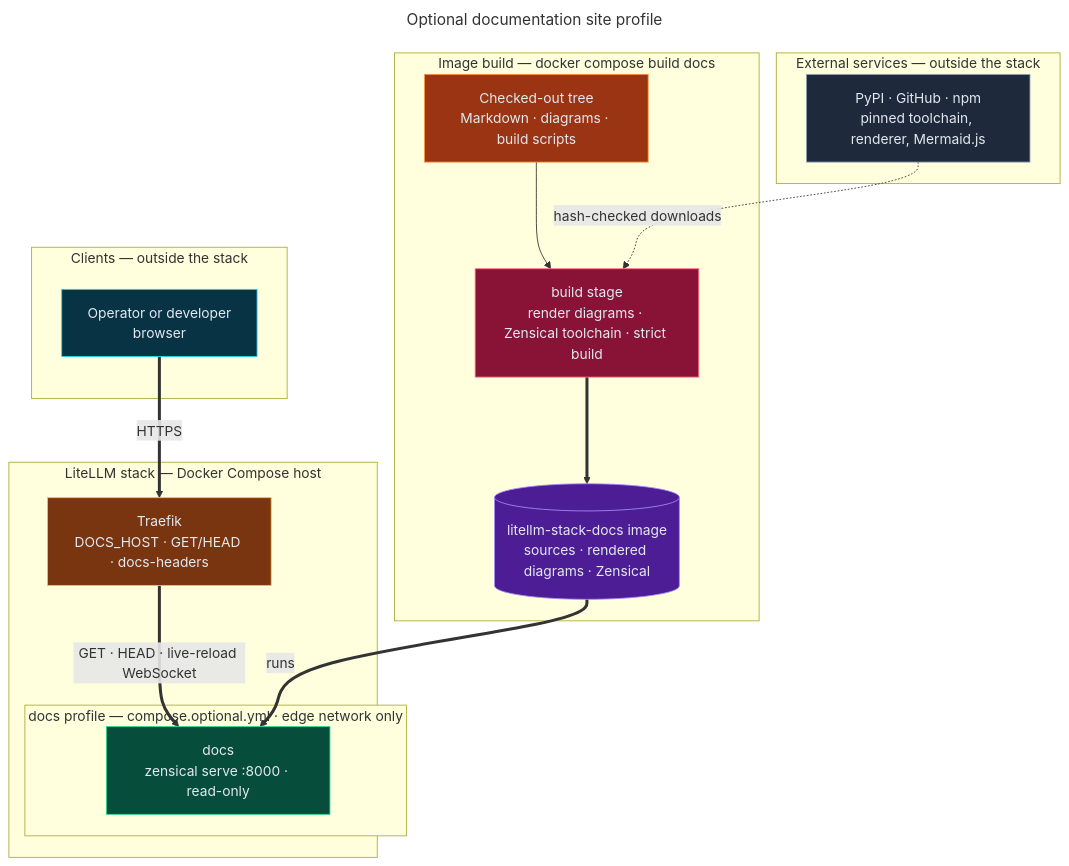
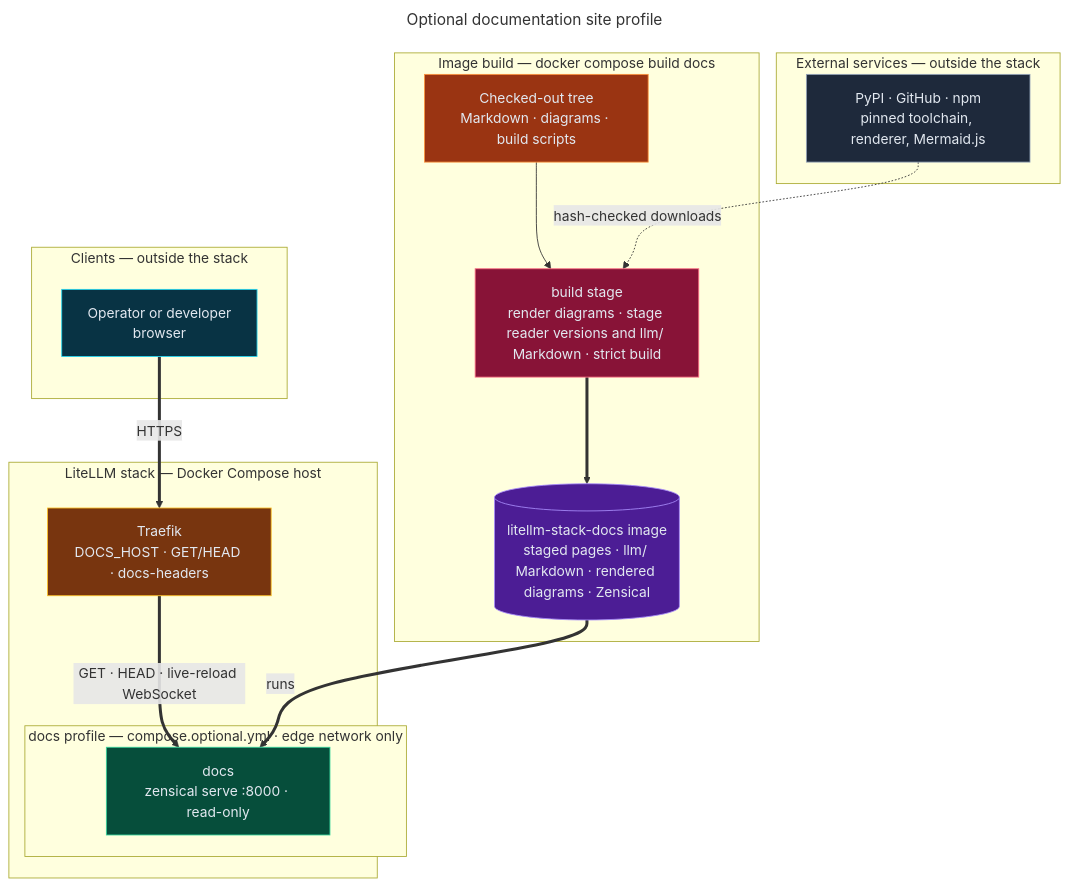
The diagram in diagrams/28-docs-profile.mmd (bella-1337/effective-spoon), drawn with Mermaid before and after one commit. The commit also changed 40 other files, not shown here.

First line of the commit message:
Show reader versions of the guides on the docs site, with Copy for LLM

```diff
--- a/diagrams/28-docs-profile.mmd
+++ b/diagrams/28-docs-profile.mmd
@@ -1,46 +1,46 @@
 ---
 title: Optional documentation site profile
 ---
 flowchart TD
   %% Source for 28-docs-profile.html. Edit this file, then run ./scripts/render-diagrams.py.
   %% Directives: docs in diagrams/README.md (Updating diagrams).
   %% @mode architecture
   %% @subtitle zensical serve behind Traefik at DOCS_HOST, serving the checked-out revision the stack runs
   %% @card cyan | One version | The site is the checked-out revision, and its banner names the commit | No version selector; the versioned site stays on Pages | Rebuild the image after each upgrade
-  %% @card violet | Build | The build stage renders the diagrams and installs the pinned Zensical toolchain | A strict build fails the image on a broken link | Dockerfile.dockerignore keeps .env and runtime state out of the context
+  %% @card violet | Build | The build stage renders the diagrams, stages the pages with their reader versions and the Markdown for AI models, and installs the pinned Zensical toolchain | A strict build fails the image on a broken link | Dockerfile.dockerignore keeps .env and runtime state out of the context
   %% @card rose | Serving | Non-root, read-only root, no capabilities, and tmpfs only for site and .cache | Traefik answers only GET and HEAD and adds the CSP and frame headers | No sign-in, so DOCS_HOST stays on the private network
   %% @journey #22d3ee: RD TR DS
   %% @journey #a78bfa: SRC BLD IMG DS
 
   subgraph CL["Clients — outside the stack"]
     RD["Operator or developer<br/>browser"]:::frontend
   end
   subgraph BH["Image build — docker compose build docs"]
     SRC["Checked-out tree<br/>Markdown · diagrams · build scripts"]:::bus
-    BLD["build stage<br/>render diagrams · Zensical toolchain · strict build"]:::security
-    IMG[("litellm-stack-docs image<br/>sources · rendered diagrams · Zensical")]:::database
+    BLD["build stage<br/>render diagrams · stage reader versions and llm/ Markdown · strict build"]:::security
+    IMG[("litellm-stack-docs image<br/>staged pages · llm/ Markdown · rendered diagrams · Zensical")]:::database
   end
   subgraph ST["LiteLLM stack — Docker Compose host"]
     TR["Traefik<br/>DOCS_HOST · GET/HEAD · docs-headers"]:::cloud
     subgraph DP["docs profile — compose.optional.yml · edge network only"]
       DS["docs<br/>zensical serve :8000 · read-only"]:::backend
     end
   end
   subgraph EX["External services — outside the stack"]
     PKG["PyPI · GitHub · npm<br/>pinned toolchain, renderer, Mermaid.js"]:::external
   end
 
   RD ==>|"HTTPS"| TR
   TR ==>|"GET · HEAD · live-reload WebSocket"| DS
   SRC --> BLD
   PKG -.->|"hash-checked downloads"| BLD
   BLD ==> IMG
   IMG ==>|"runs"| DS
 
   classDef backend fill:#064e3b,stroke:#34d399,color:#e2e8f0
   classDef bus fill:#9a3412,stroke:#fb923c,color:#e2e8f0
   classDef cloud fill:#78350f,stroke:#fbbf24,color:#e2e8f0
   classDef database fill:#4c1d95,stroke:#a78bfa,color:#e2e8f0
   classDef external fill:#1e293b,stroke:#94a3b8,color:#e2e8f0
   classDef frontend fill:#083344,stroke:#22d3ee,color:#e2e8f0
   classDef security fill:#881337,stroke:#fb7185,color:#e2e8f0
```
